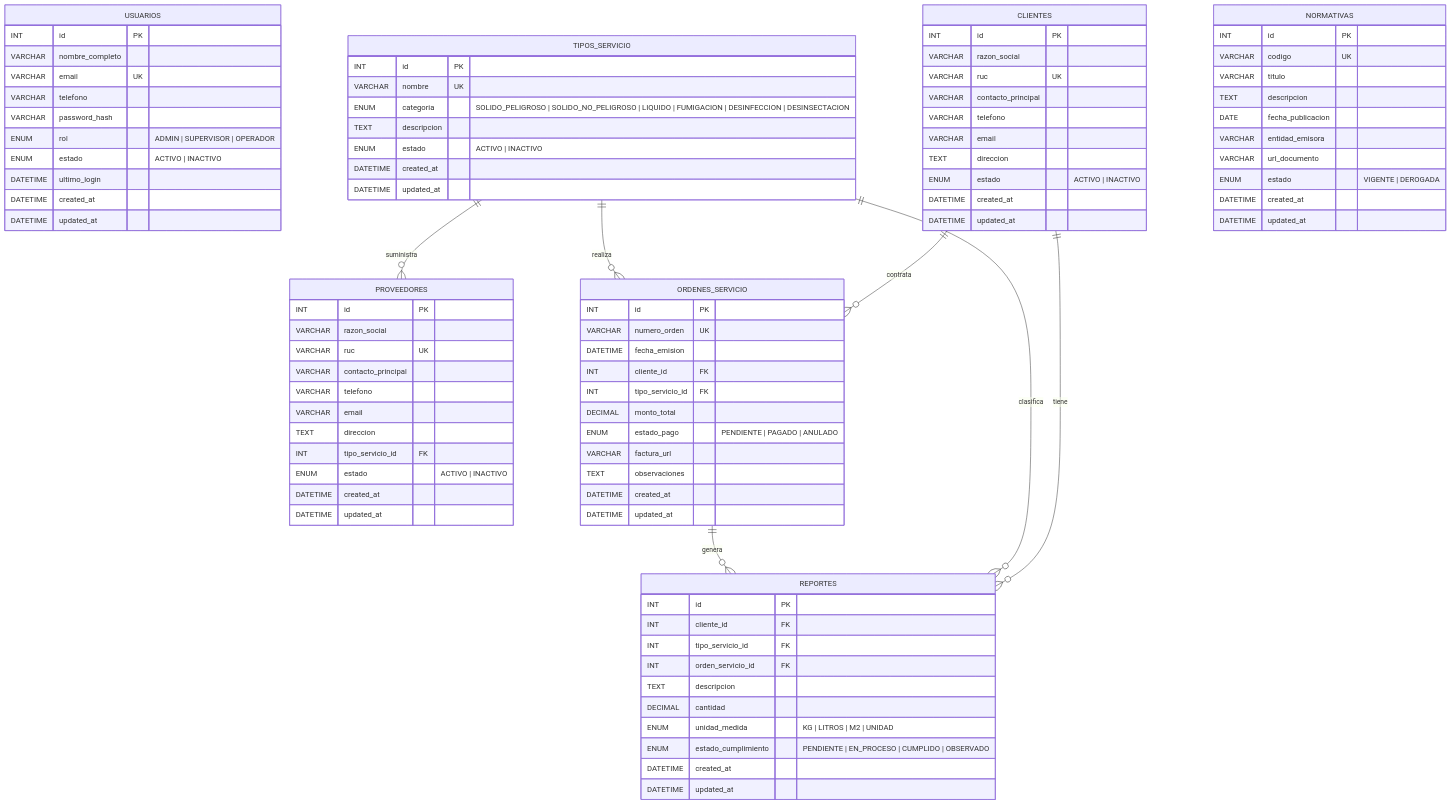
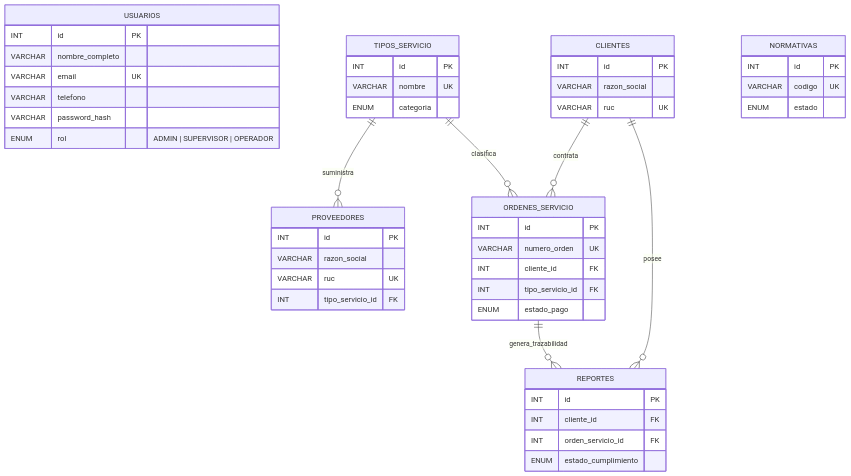
One commit to Alessandro-BS/Econexus-Backend changed the second of 2 diagrams in README.md. Above: the diagram before and after it, drawn with Mermaid. The commit also changed other lines of this file, not shown here.

````diff
--- a/README.md
+++ b/README.md
@@ -85,93 +72,51 @@
         VARCHAR telefono
         VARCHAR password_hash
         ENUM rol "ADMIN | SUPERVISOR | OPERADOR"
-        ENUM estado "ACTIVO | INACTIVO"
-        DATETIME ultimo_login
-        DATETIME created_at
-        DATETIME updated_at
     }
 
     CLIENTES {
         INT id PK
         VARCHAR razon_social
         VARCHAR ruc UK
-        VARCHAR contacto_principal
-        VARCHAR telefono
-        VARCHAR email
-        TEXT direccion
-        ENUM estado "ACTIVO | INACTIVO"
-        DATETIME created_at
-        DATETIME updated_at
     }
 
     TIPOS_SERVICIO {
         INT id PK
         VARCHAR nombre UK
-        ENUM categoria "SOLIDO_PELIGROSO | SOLIDO_NO_PELIGROSO | LIQUIDO | FUMIGACION | DESINFECCION | DESINSECTACION"
-        TEXT descripcion
-        ENUM estado "ACTIVO | INACTIVO"
-        DATETIME created_at
-        DATETIME updated_at
+        ENUM categoria
     }
 
     PROVEEDORES {
         INT id PK
         VARCHAR razon_social
         VARCHAR ruc UK
-        VARCHAR contacto_principal
-        VARCHAR telefono
-        VARCHAR email
-        TEXT direccion
         INT tipo_servicio_id FK
-        ENUM estado "ACTIVO | INACTIVO"
-        DATETIME created_at
-        DATETIME updated_at
     }
 
     ORDENES_SERVICIO {
         INT id PK
         VARCHAR numero_orden UK
-        DATETIME fecha_emision
         INT cliente_id FK
         INT tipo_servicio_id FK
-        DECIMAL monto_total
-        ENUM estado_pago "PENDIENTE | PAGADO | ANULADO"
-        VARCHAR factura_url
-        TEXT observaciones
-        DATETIME created_at
-        DATETIME updated_at
+        ENUM estado_pago
     }
 
     REPORTES {
         INT id PK
         INT cliente_id FK
-        INT tipo_servicio_id FK
         INT orden_servicio_id FK
-        TEXT descripcion
-        DECIMAL cantidad
-        ENUM unidad_medida "KG | LITROS | M2 | UNIDAD"
-        ENUM estado_cumplimiento "PENDIENTE | EN_PROCESO | CUMPLIDO | OBSERVADO"
-        DATETIME created_at
-        DATETIME updated_at
+        ENUM estado_cumplimiento
     }
 
     NORMATIVAS {
         INT id PK
         VARCHAR codigo UK
-        VARCHAR titulo
-        TEXT descripcion
-        DATE fecha_publicacion
-        VARCHAR entidad_emisora
-        VARCHAR url_documento
-        ENUM estado "VIGENTE | DEROGADA"
-        DATETIME created_at
-        DATETIME updated_at
+        ENUM estado
     }
 
     CLIENTES ||--o{ ORDENES_SERVICIO : "contrata"
-    CLIENTES ||--o{ REPORTES : "tiene"
+    CLIENTES ||--o{ REPORTES : "posee"
     TIPOS_SERVICIO ||--o{ PROVEEDORES : "suministra"
-    TIPOS_SERVICIO ||--o{ ORDENES_SERVICIO : "realiza"
-    TIPOS_SERVICIO ||--o{ REPORTES : "clasifica"
-    ORDENES_SERVICIO ||--o{ REPORTES : "genera"
+    TIPOS_SERVICIO ||--o{ ORDENES_SERVICIO : "clasifica"
+    ORDENES_SERVICIO ||--o{ REPORTES : "genera_trazabilidad"
 ```
````
